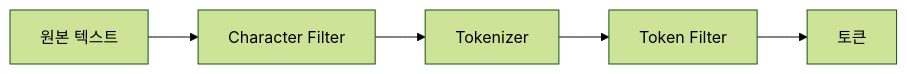
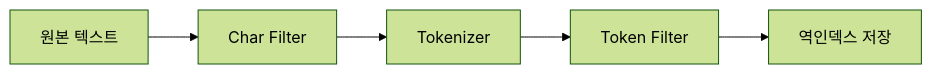
One commit to yjkim2015/yjkim2015.github.io changed the fifth of 6 diagrams in _posts/nosql/2026-05-03-elasticsearch-deep.md. Above: the diagram before and after it, drawn with Mermaid (forest theme). The commit also changed other lines of this file and 4 other files, not shown here.

````diff
--- a/_posts/nosql/2026-05-03-elasticsearch-deep.md
+++ b/_posts/nosql/2026-05-03-elasticsearch-deep.md
@@ -196,7 +409,7 @@
 ```mermaid
 graph LR
-    INPUT["원본 텍스트"] --> CF["Character Filter"]
+    RAW["원본 텍스트"] --> CF["Char Filter"]
     CF --> TK["Tokenizer"]
     TK --> TF["Token Filter"]
-    TF --> TERMS["토큰"]
+    TF --> IDX["역인덱스 저장"]
 ```
````
